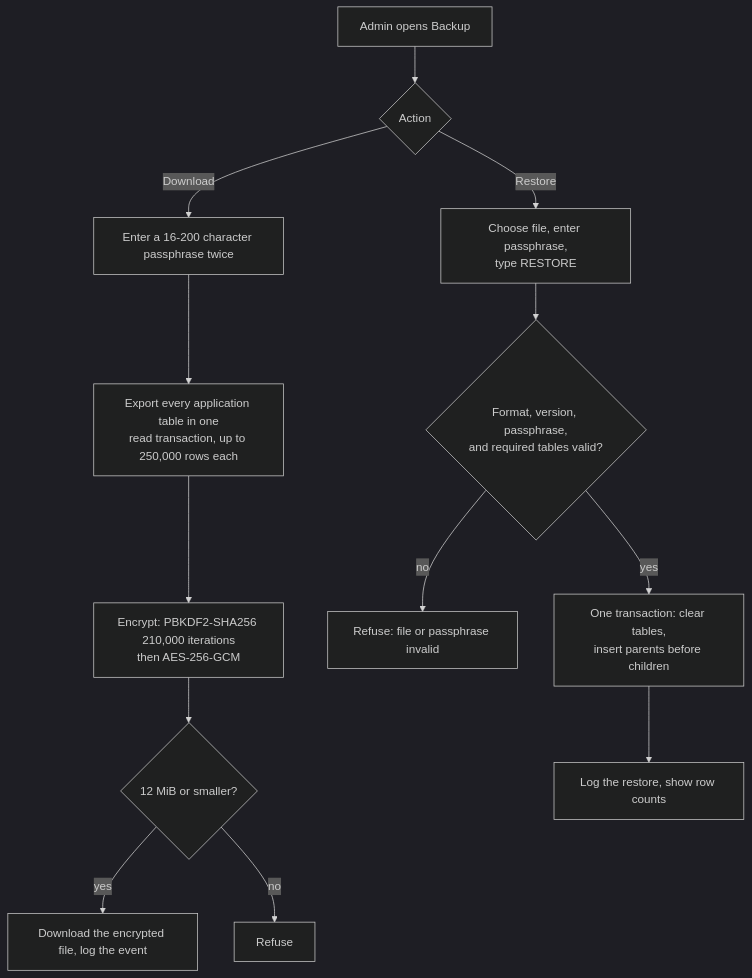
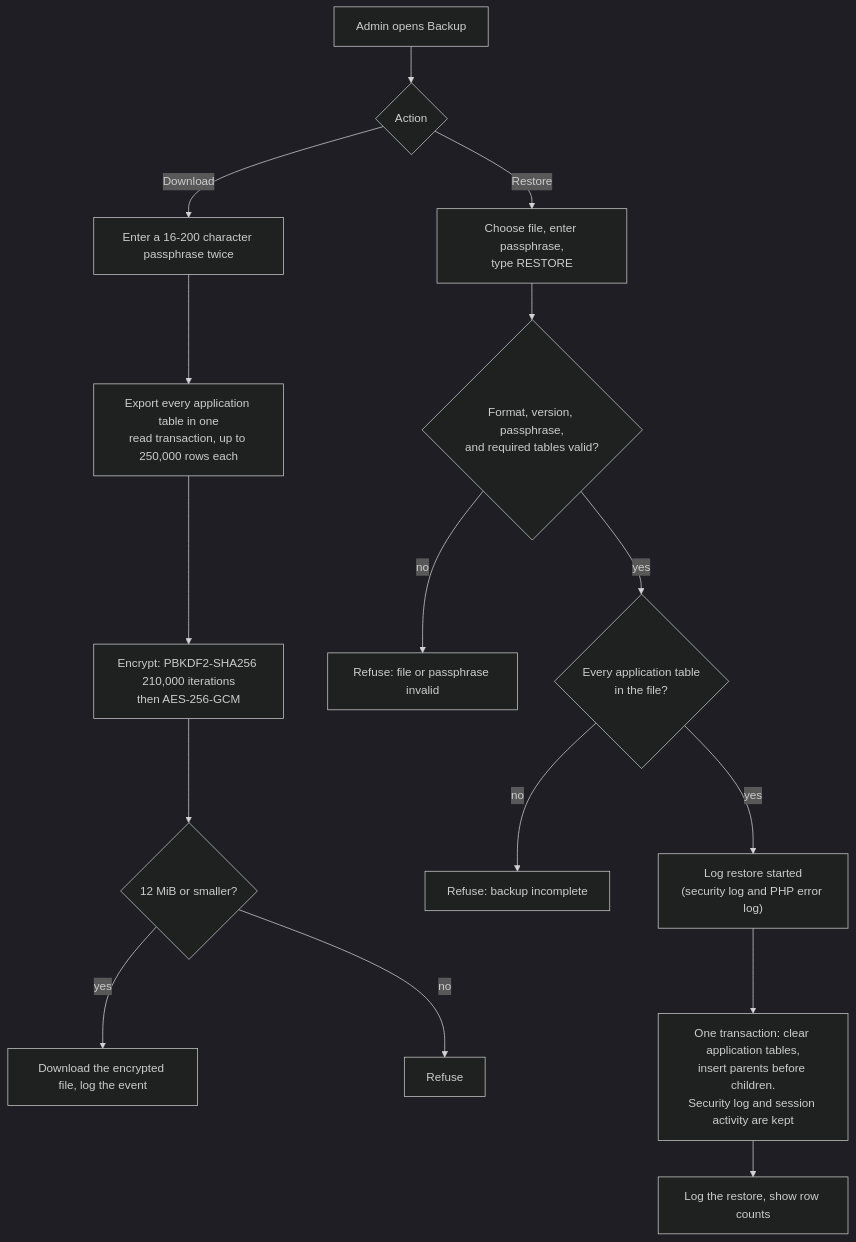
The eighth of 8 diagrams in docs/architecture/flows.md (redspaxz/ttechcg), drawn with Mermaid (dark theme) before and after one commit. The commit also changed other lines of this file and 10 other files, not shown here.

````diff
--- a/docs/architecture/flows.md
+++ b/docs/architecture/flows.md
@@ -192,15 +195,18 @@
 ```mermaid
 flowchart TD
     A["Admin opens Backup"] --> B{"Action"}
     B -->|"Download"| C["Enter a 16-200 character passphrase twice"]
     C --> D["Export every application table in one<br/>read transaction, up to 250,000 rows each"]
     D --> E["Encrypt: PBKDF2-SHA256 210,000 iterations<br/>then AES-256-GCM"]
     E --> F{"12 MiB or smaller?"}
     F -->|"yes"| G["Download the encrypted file, log the event"]
     F -->|"no"| X["Refuse"]
     B -->|"Restore"| H["Choose file, enter passphrase,<br/>type RESTORE"]
     H --> I{"Format, version, passphrase,<br/>and required tables valid?"}
     I -->|"no"| X2["Refuse: file or passphrase invalid"]
-    I -->|"yes"| J["One transaction: clear tables,<br/>insert parents before children"]
+    I -->|"yes"| T{"Every application table<br/>in the file?"}
+    T -->|"no"| X3["Refuse: backup incomplete"]
+    T -->|"yes"| S["Log restore started<br/>(security log and PHP error log)"]
+    S --> J["One transaction: clear application tables,<br/>insert parents before children.<br/>Security log and session activity are kept"]
     J --> K["Log the restore, show row counts"]
 ```
````
